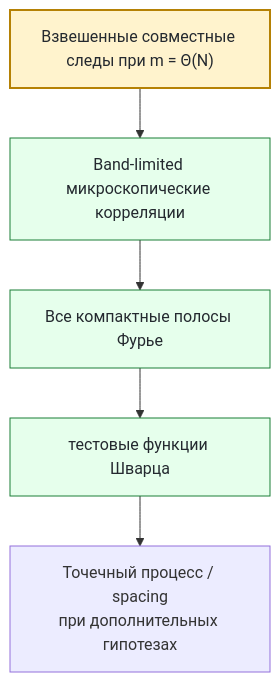
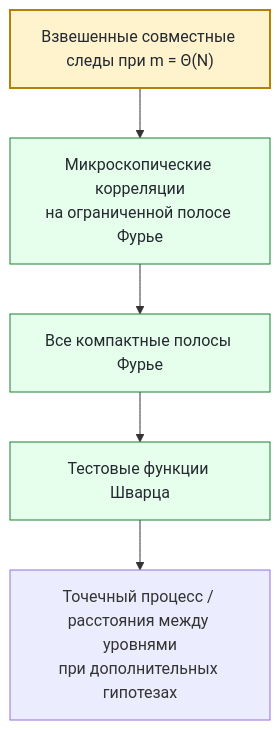
One commit to ChurilovMaksim/BGS changed the second of 2 diagrams in README.ru.md. Above: the diagram before and after it, drawn with Mermaid. The commit also changed other lines of this file, not shown here.

````diff
--- a/README.ru.md
+++ b/README.ru.md
@@ -224,15 +224,15 @@
 ```mermaid
 flowchart TD
-    A["Взвешенные совместные следы при m = Θ(N)"] --> B["Band-limited микроскопические корреляции"]
+    A["Взвешенные совместные следы при m = Θ(N)"] --> B["Микроскопические корреляции<br/>на ограниченной полосе Фурье"]
     B --> C["Все компактные полосы Фурье"]
-    C --> D["тестовые функции Шварца"]
-    D --> E["Точечный процесс / spacing<br/>при дополнительных гипотезах"]
+    C --> D["Тестовые функции Шварца"]
+    D --> E["Точечный процесс / расстояния между уровнями<br/>при дополнительных гипотезах"]
 
     A:::open
     B:::done
     C:::done
     D:::done
 
     classDef open fill:#fff3cd,stroke:#b58105,color:#24292f,stroke-width:2px;
     classDef done fill:#e6ffec,stroke:#1a7f37,color:#24292f;
 ```
````
